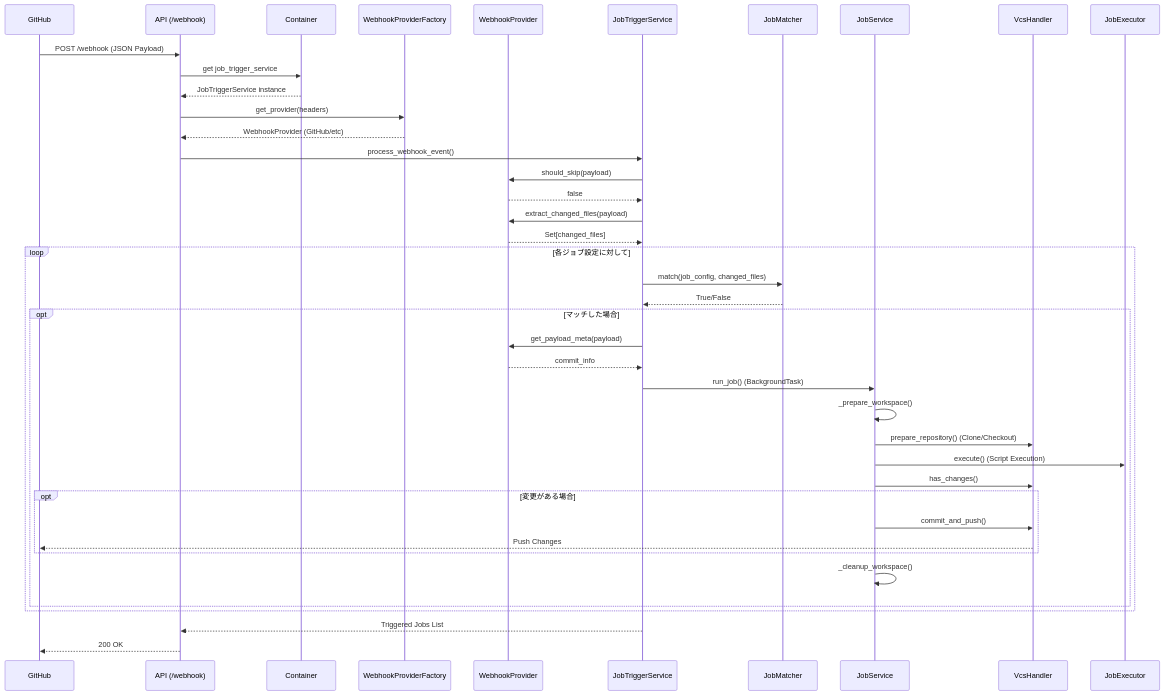
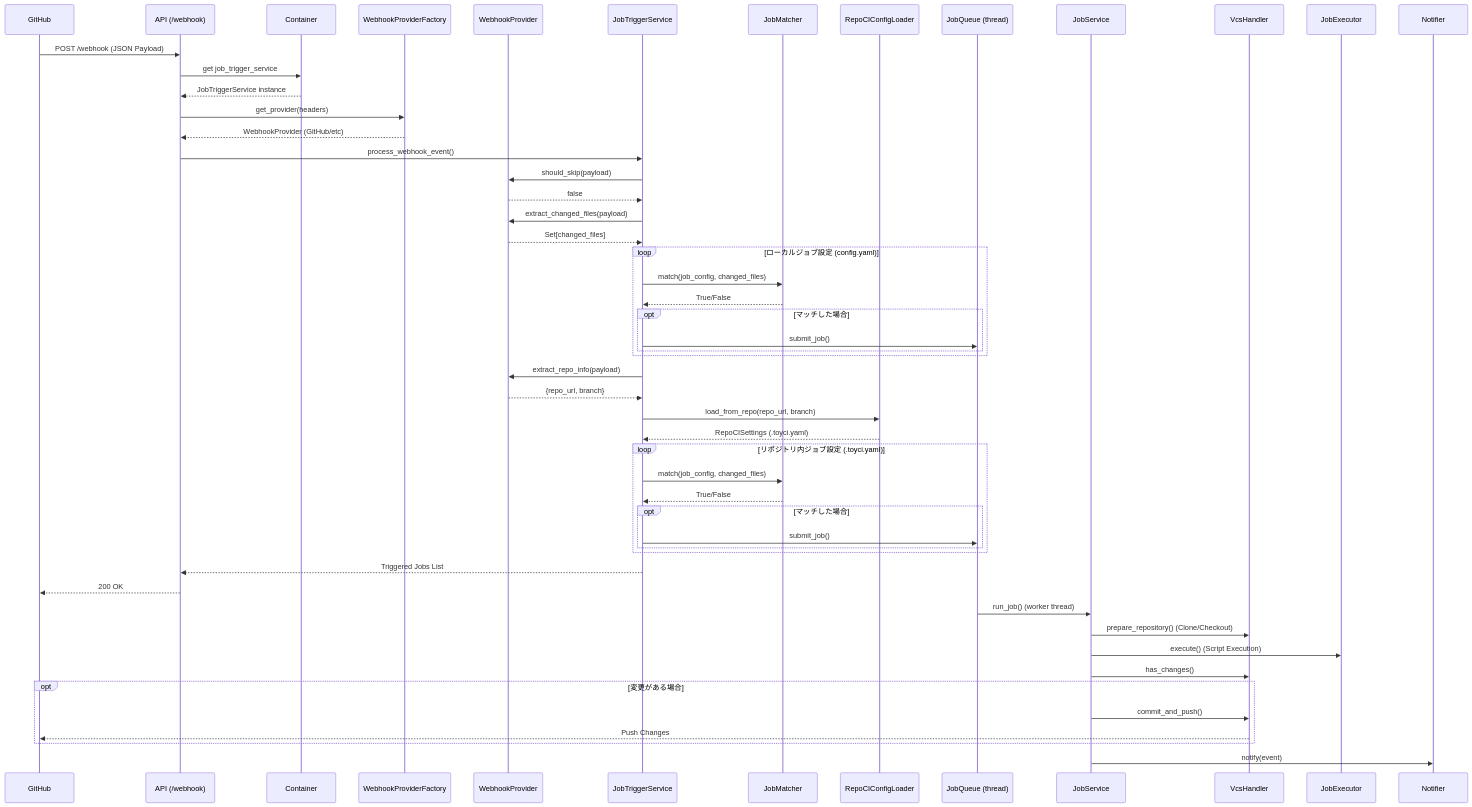
The diagram in docs/overview.md (NorihiroTanaka/ToyCITool), drawn with Mermaid before and after one commit. The commit also changed other lines of this file and 4 other files, not shown here.

````diff
--- a/docs/overview.md
+++ b/docs/overview.md
@@ -17,50 +19,61 @@
 ```mermaid
 sequenceDiagram
     participant GitHub
     participant API as API (/webhook)
     participant Container as Container
     participant Factory as WebhookProviderFactory
     participant Provider as WebhookProvider
     participant Trigger as JobTriggerService
     participant Matcher as JobMatcher
+    participant Loader as RepoCIConfigLoader
+    participant Queue as JobQueue (thread)
     participant Service as JobService
     participant VCS as VcsHandler
     participant Executor as JobExecutor
+    participant Notifier as Notifier
 
     GitHub->>API: POST /webhook (JSON Payload)
     API->>Container: get job_trigger_service
     Container-->>API: JobTriggerService instance
     API->>Factory: get_provider(headers)
     Factory-->>API: WebhookProvider (GitHub/etc)
     API->>Trigger: process_webhook_event()
     Trigger->>Provider: should_skip(payload)
     Provider-->>Trigger: false
     Trigger->>Provider: extract_changed_files(payload)
     Provider-->>Trigger: Set[changed_files]
     
-    loop 各ジョブ設定に対して
+    loop ローカルジョブ設定 (config.yaml)
         Trigger->>Matcher: match(job_config, changed_files)
         Matcher-->>Trigger: True/False
-        
         opt マッチした場合
-            Trigger->>Provider: get_payload_meta(payload)
-            Provider-->>Trigger: commit_info
-            Trigger->>Service: run_job() (BackgroundTask)
-            
-            Service->>Service: _prepare_workspace()
-            Service->>VCS: prepare_repository() (Clone/Checkout)
-            Service->>Executor: execute() (Script Execution)
-            Service->>VCS: has_changes()
-            
-            opt 変更がある場合
-                Service->>VCS: commit_and_push()
-                VCS-->>GitHub: Push Changes
-            end
-            
-            Service->>Service: _cleanup_workspace()
+            Trigger->>Queue: submit_job()
         end
     end
-    
+
+    Trigger->>Provider: extract_repo_info(payload)
+    Provider-->>Trigger: {repo_url, branch}
+    Trigger->>Loader: load_from_repo(repo_url, branch)
+    Loader-->>Trigger: RepoCISettings (.toyci.yaml)
+
+    loop リポジトリ内ジョブ設定 (.toyci.yaml)
+        Trigger->>Matcher: match(job_config, changed_files)
+        Matcher-->>Trigger: True/False
+        opt マッチした場合
+            Trigger->>Queue: submit_job()
+        end
+    end
+
     Trigger-->>API: Triggered Jobs List
     API-->>GitHub: 200 OK
+
+    Queue->>Service: run_job() (worker thread)
+    Service->>VCS: prepare_repository() (Clone/Checkout)
+    Service->>Executor: execute() (Script Execution)
+    Service->>VCS: has_changes()
+    opt 変更がある場合
+        Service->>VCS: commit_and_push()
+        VCS-->>GitHub: Push Changes
+    end
+    Service->>Notifier: notify(event)
 ```
````
